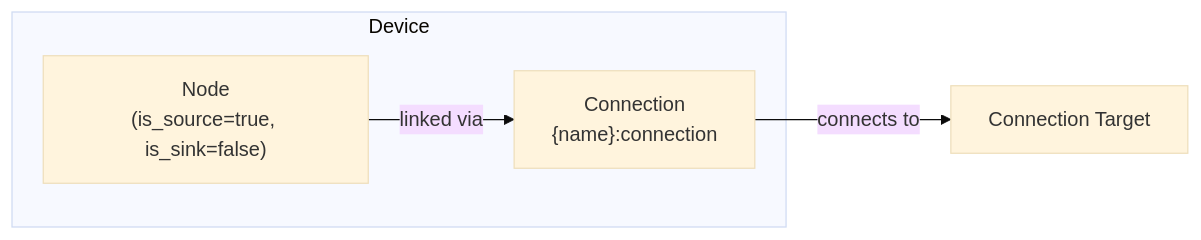
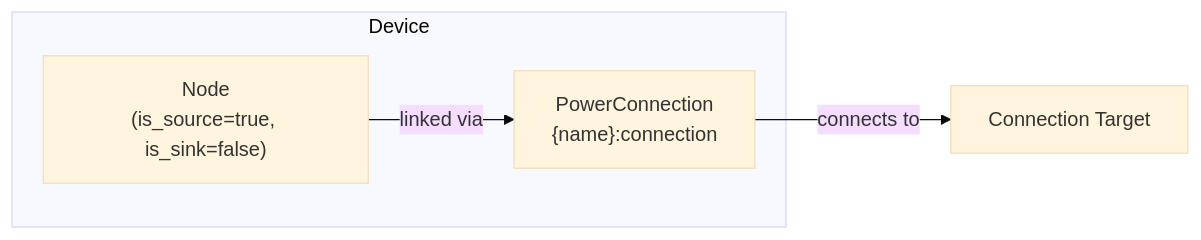
The diagram in docs/modeling/device-layer/solar.md (Chance-Konstruktion/haeo), drawn with Mermaid (base theme) before and after one commit. The commit also changed other lines of this file and 26 other files, not shown here.

````diff
--- a/docs/modeling/device-layer/solar.md
+++ b/docs/modeling/device-layer/solar.md
@@ -7,12 +7,12 @@
 ```mermaid
 graph LR
     subgraph "Device"
         SS["Node<br/>(is_source=true, is_sink=false)"]
-        Conn["Connection<br/>{name}:connection"]
+        Conn["PowerConnection<br/>{name}:connection"]
     end
 
     Node[Connection Target]
 
     SS -->|linked via| Conn
     Conn -->|connects to| Node
 ```
````
